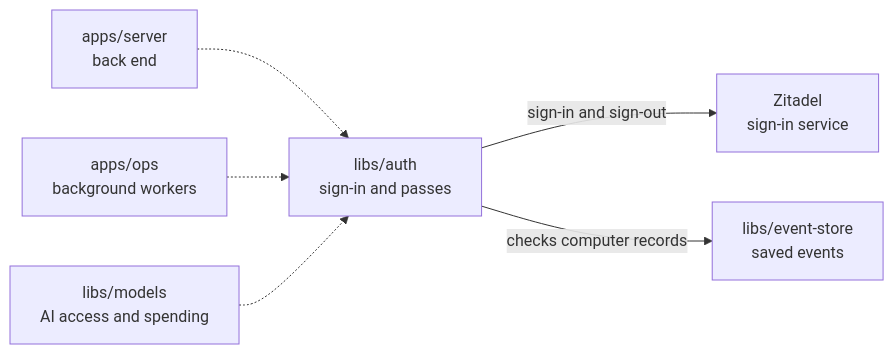
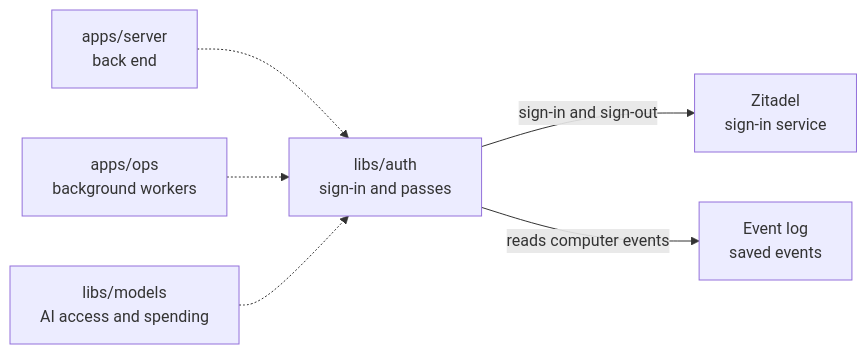
The diagram in libs/auth/README.md (elewa-git/opencrane-new), drawn with Mermaid before and after one commit. The commit also changed other lines of this file and 5 other files, not shown here.

````diff
--- a/libs/auth/README.md
+++ b/libs/auth/README.md
@@ -11,8 +11,8 @@
 ```mermaid
 flowchart LR
   server["apps/server<br/>back end"] -.-> auth["libs/auth<br/>sign-in and passes"]
   ops["apps/ops<br/>background workers"] -.-> auth
   models["libs/models<br/>AI access and spending"] -.-> auth
   auth -->|sign-in and sign-out| zitadel["Zitadel<br/>sign-in service"]
-  auth -->|checks computer records| events["libs/event-store<br/>saved events"]
+  auth -->|reads computer events| events["Event log<br/>saved events"]
 ```
````
